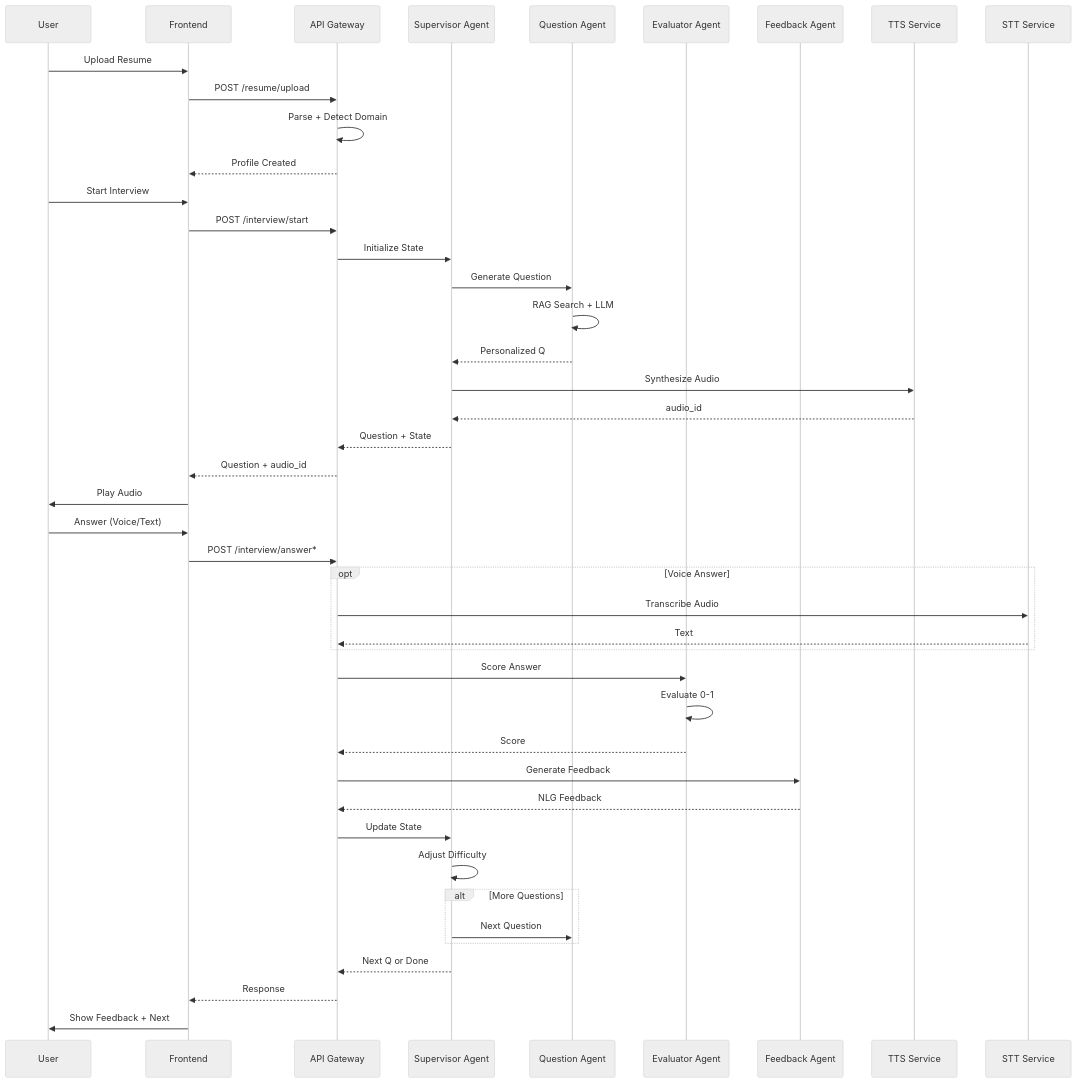
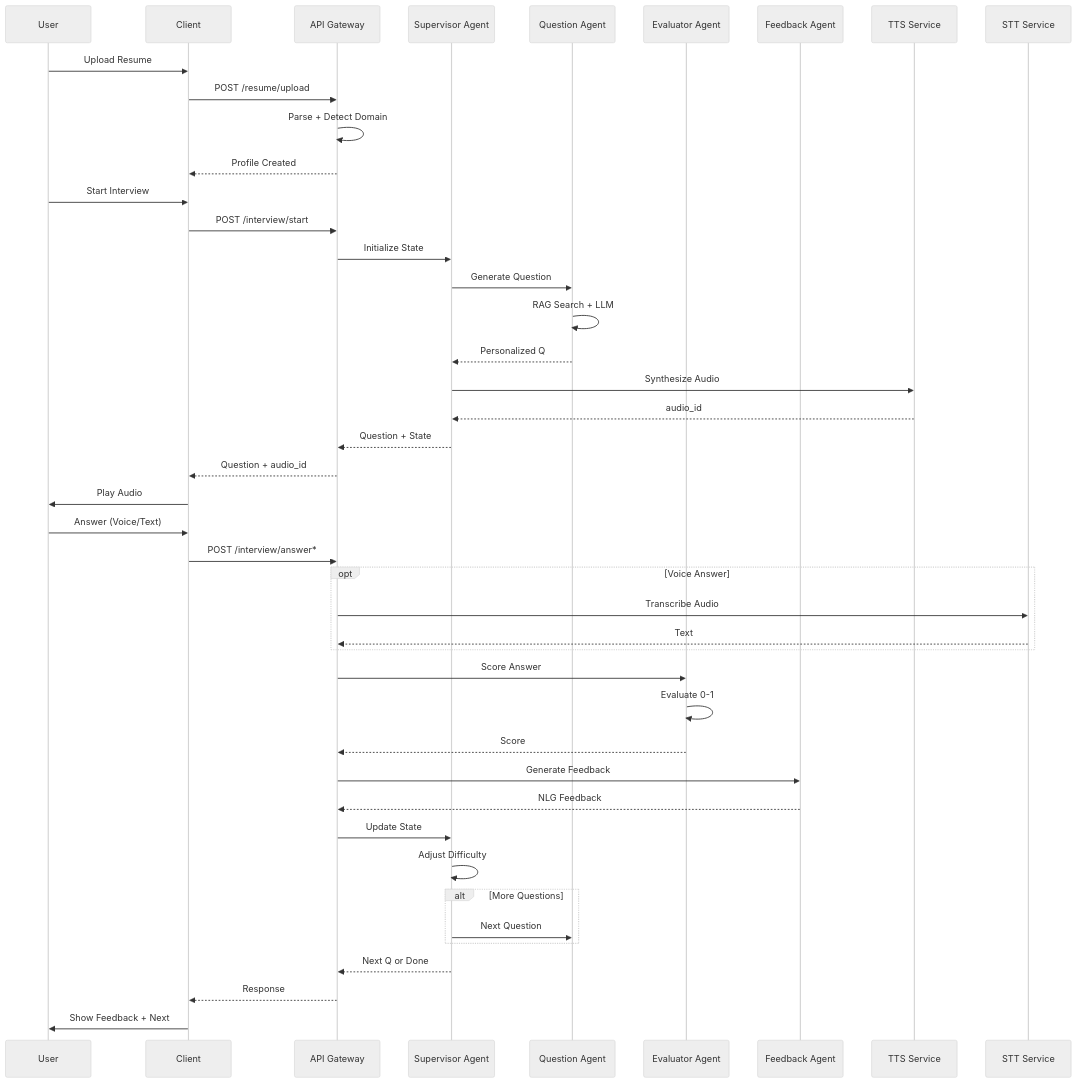
Before and after one commit to tanishq450/Ai_interviewer: the second of 2 diagrams in README.md, drawn with Mermaid (neutral theme). The commit also changed other lines of this file and 1 other file, not shown here.

````diff
--- a/README.md
+++ b/README.md
@@ -502,49 +467,49 @@
 ```mermaid
 sequenceDiagram
     participant U as User
-    participant F as Frontend
+    participant C as Client
     participant A as API Gateway
     participant S as Supervisor Agent
     participant Q as Question Agent
     participant E as Evaluator Agent
     participant FB as Feedback Agent
     participant TTS as TTS Service
     participant STT as STT Service
     
-    U->>F: Upload Resume
-    F->>A: POST /resume/upload
+    U->>C: Upload Resume
+    C->>A: POST /resume/upload
     A->>A: Parse + Detect Domain
-    A-->>F: Profile Created
+    A-->>C: Profile Created
     
-    U->>F: Start Interview
-    F->>A: POST /interview/start
+    U->>C: Start Interview
+    C->>A: POST /interview/start
     A->>S: Initialize State
     S->>Q: Generate Question
     Q->>Q: RAG Search + LLM
     Q-->>S: Personalized Q
     S->>TTS: Synthesize Audio
     TTS-->>S: audio_id
     S-->>A: Question + State
-    A-->>F: Question + audio_id
-    F->>U: Play Audio
+    A-->>C: Question + audio_id
+    C->>U: Play Audio
     
-    U->>F: Answer (Voice/Text)
-    F->>A: POST /interview/answer*
+    U->>C: Answer (Voice/Text)
+    C->>A: POST /interview/answer*
     opt Voice Answer
         A->>STT: Transcribe Audio
         STT-->>A: Text
     end
     A->>E: Score Answer
     E->>E: Evaluate 0-1
     E-->>A: Score
     A->>FB: Generate Feedback
     FB-->>A: NLG Feedback
     A->>S: Update State
     S->>S: Adjust Difficulty
     alt More Questions
         S->>Q: Next Question
     end
     S-->>A: Next Q or Done
-    A-->>F: Response
-    F->>U: Show Feedback + Next
+    A-->>C: Response
+    C->>U: Show Feedback + Next
 ```
````
